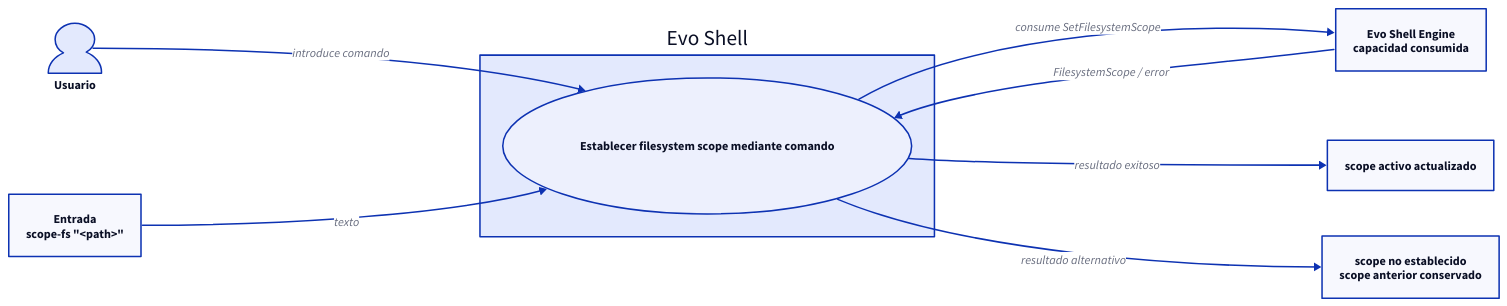
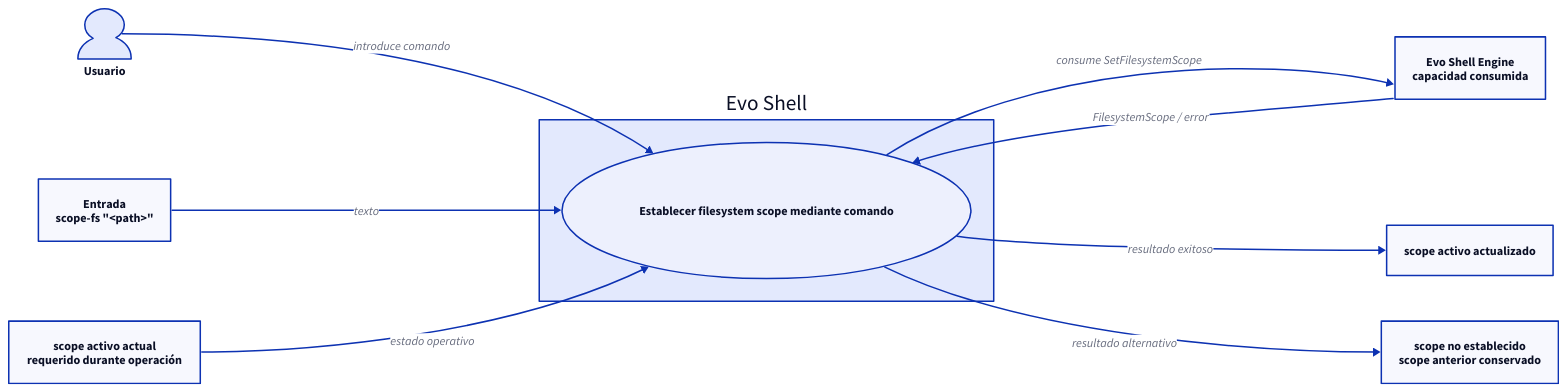
Before and after one commit to niqel/evolution: the diagram in evo-shell/technical_documentation/use_cases/UC-001-set-filesystem-scope-command/use-case.d2, drawn with D2. The commit also changed 13 other files, not shown here.

```diff
--- a/evo-shell/technical_documentation/use_cases/UC-001-set-filesystem-scope-command/use-case.d2
+++ b/evo-shell/technical_documentation/use_cases/UC-001-set-filesystem-scope-command/use-case.d2
@@ -1,36 +1,41 @@
 direction: right
 
 usuario: "Usuario" {
   shape: person
 }
 
 evo_shell: "Evo Shell" {
   shape: rectangle
 
   set_scope_command: "Establecer filesystem scope mediante comando" {
     shape: oval
   }
 }
 
 engine: "Evo Shell Engine\ncapacidad consumida" {
   shape: rectangle
 }
 
 entrada: "Entrada\nscope-fs \"<path>\"" {
   shape: rectangle
 }
 
 resultado_exitoso: "scope activo actualizado" {
   shape: rectangle
 }
 
 resultado_alternativo: "scope no establecido\nscope anterior conservado" {
   shape: rectangle
 }
 
+scope_actual: "scope activo actual\nrequerido durante operación" {
+  shape: rectangle
+}
+
 usuario -> evo_shell.set_scope_command: "introduce comando"
 entrada -> evo_shell.set_scope_command: "texto"
+scope_actual -> evo_shell.set_scope_command: "estado operativo"
 evo_shell.set_scope_command -> engine: "consume SetFilesystemScope"
 engine -> evo_shell.set_scope_command: "FilesystemScope / error"
 evo_shell.set_scope_command -> resultado_exitoso: "resultado exitoso"
 evo_shell.set_scope_command -> resultado_alternativo: "resultado alternativo"
```
